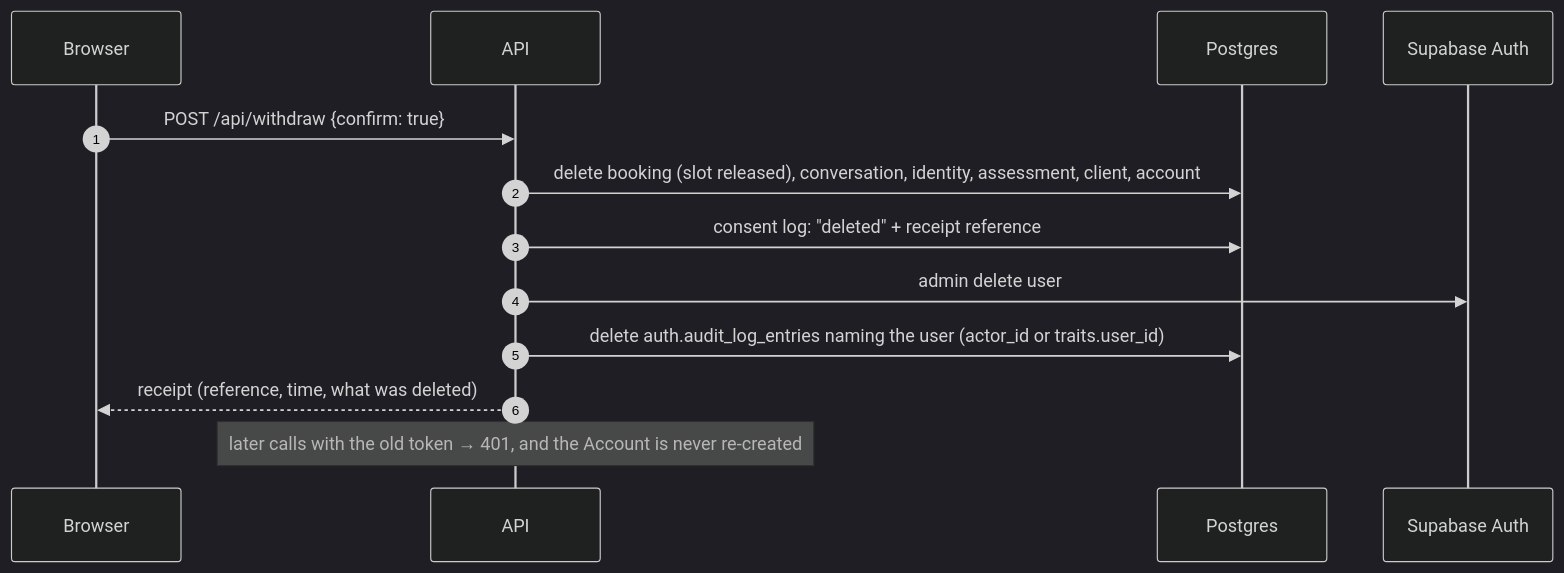
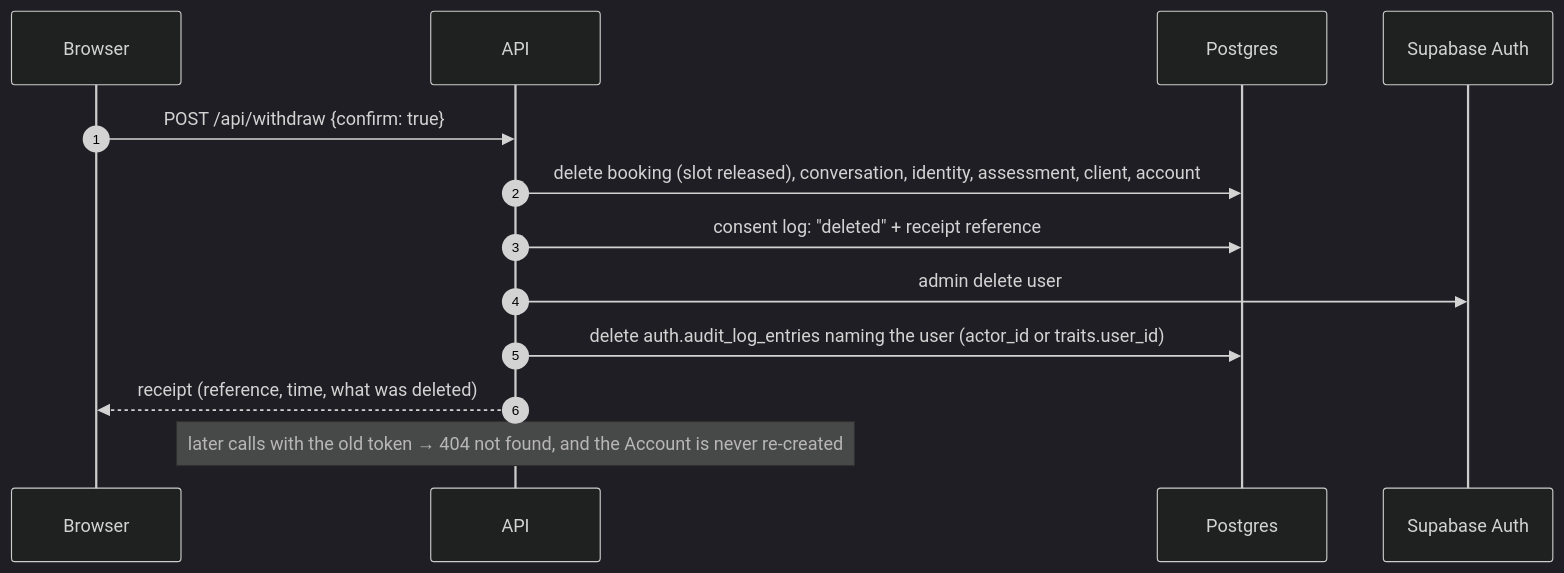
One commit to debudash/rs-mentalsupport-agentintake changed the fifth of 6 diagrams in docs/ARCHITECTURE.md. Above: the diagram before and after it, drawn with Mermaid (dark theme). The commit also changed 4 other files, not shown here.

First line of the commit message:
A withdrawn Account got 401 instead of "not found"

````diff
--- a/docs/ARCHITECTURE.md
+++ b/docs/ARCHITECTURE.md
@@ -188,15 +188,15 @@
 ```mermaid
 sequenceDiagram
   autonumber
   participant B as Browser
   participant A as API
   participant D as Postgres
   participant U as Supabase Auth
   B->>A: POST /api/withdraw {confirm: true}
   A->>D: delete booking (slot released), conversation, identity, assessment, client, account
   A->>D: consent log: "deleted" + receipt reference
   A->>U: admin delete user
   A->>D: delete auth.audit_log_entries naming the user (actor_id or traits.user_id)
   A-->>B: receipt (reference, time, what was deleted)
-  Note over A: later calls with the old token → 401, and the Account is never re-created
+  Note over A: later calls with the old token → 404 not found, and the Account is never re-created
 ```
````
